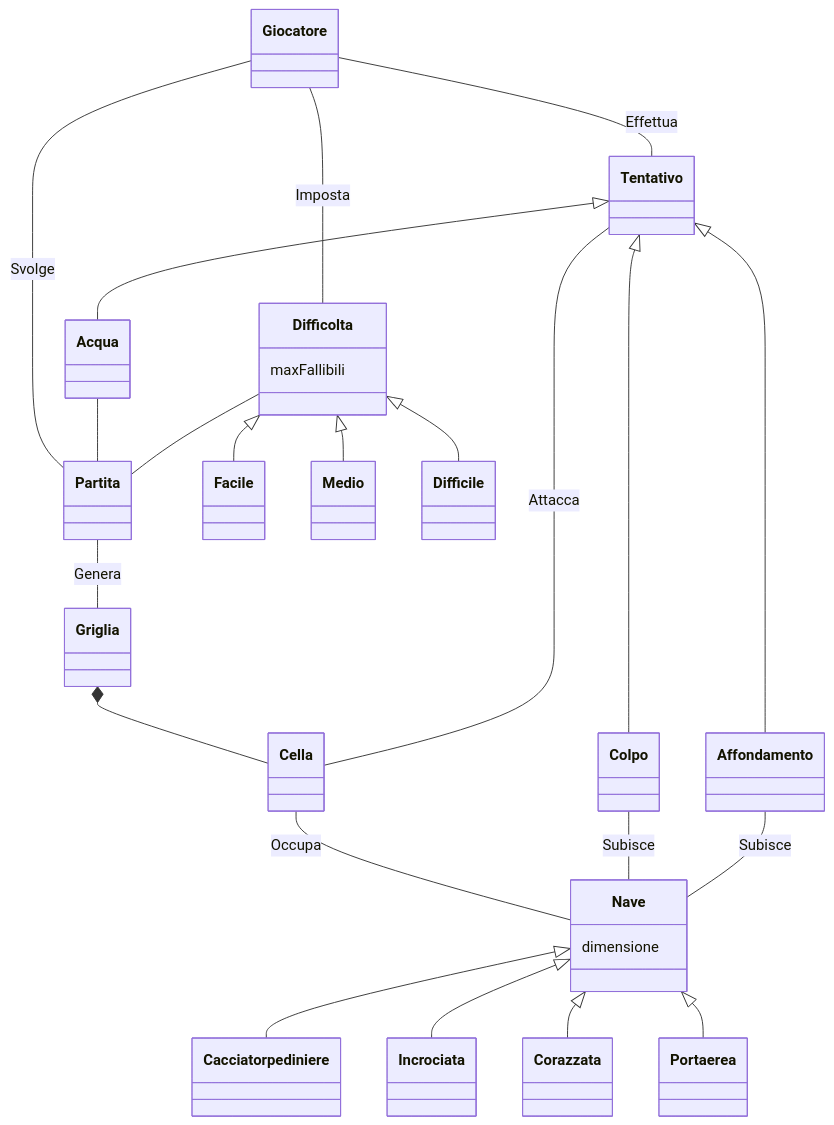
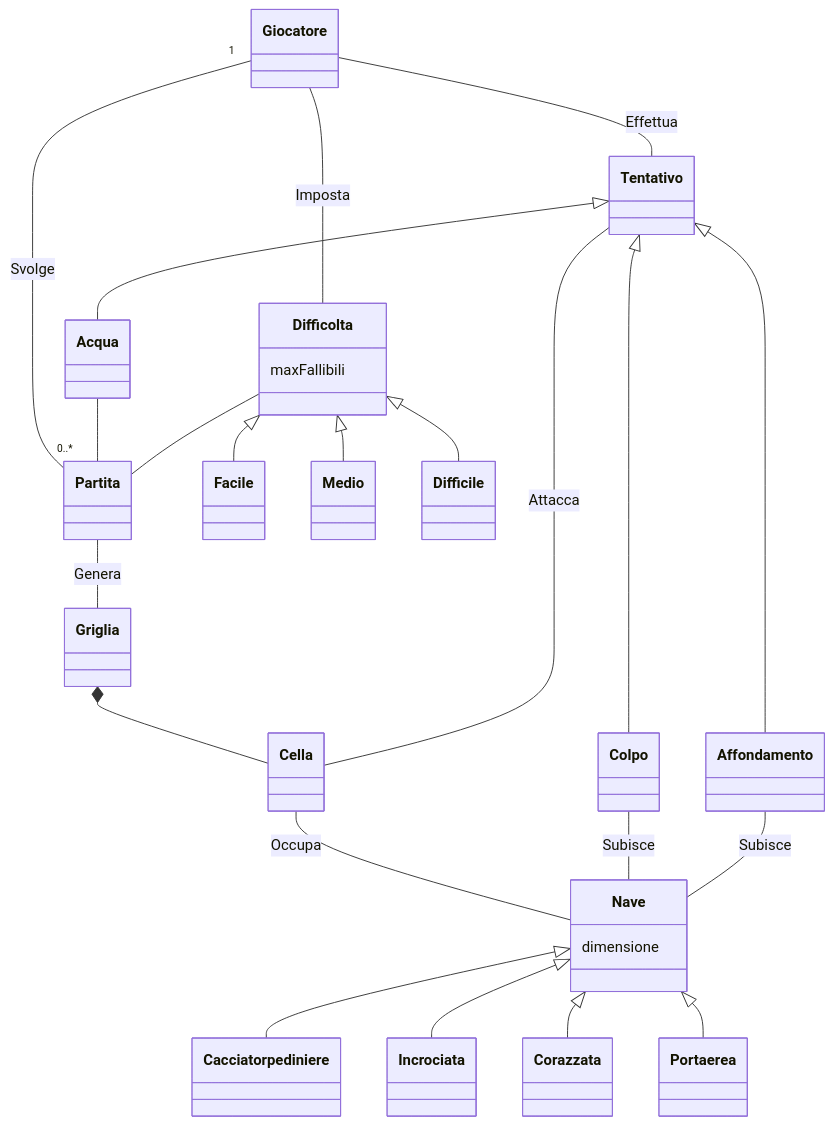
The diagram in docs/Report.md (softeng2223-inf-uniba/progetto2223-thacker), drawn with Mermaid before and after one commit.

Commit message:
Aggiunta molteplicità alla associazione tra Giocatore e Partita

````diff
--- a/docs/Report.md
+++ b/docs/Report.md
@@ -7,42 +7,42 @@
 ```mermaid
     
     classDiagram
         
         Giocatore -- Tentativo : Effettua
-        Giocatore -- Partita : Svolge
+        Giocatore "1" -- "0..*" Partita : Svolge
         Giocatore -- Difficolta : Imposta
 
         Partita -- Griglia : Genera
         Griglia *-- Cella
         Cella -- Nave : Occupa
         Tentativo -- Cella : Attacca
 
 
         Nave <|-- Cacciatorpediniere
         Nave <|-- Incrociata
         Nave <|-- Corazzata
         Nave <|-- Portaerea
         
         Tentativo <|-- Acqua
         Tentativo <|-- Colpo
         Tentativo <|-- Affondamento
 
         Acqua -- Partita
         Colpo -- Nave : Subisce
         Affondamento -- Nave : Subisce
 
         Difficolta -- Partita
         Difficolta <|-- Facile
         Difficolta <|-- Medio
         Difficolta <|-- Difficile
 
         class Nave{
             dimensione
         }
 
         class Difficolta{
             maxFallibili
         }
 
 
 ```
````
